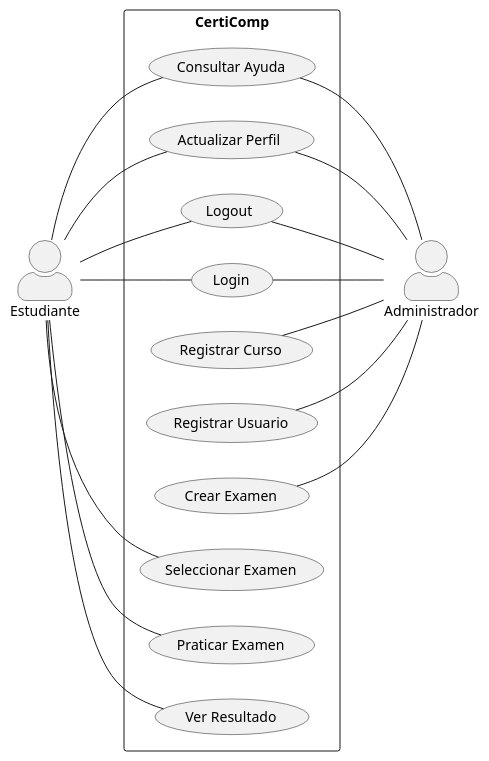
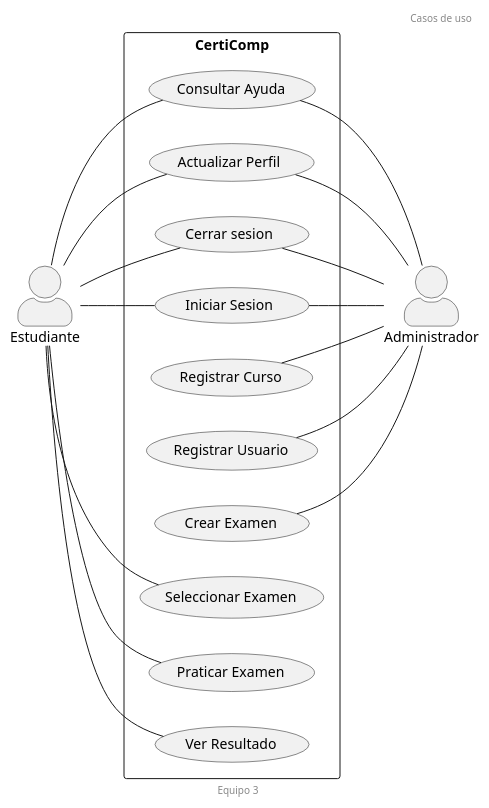
Before and after one commit to febres35/EdTech_IS: the diagram in docs/scenariosView/diagramaCasoDeUso.plantuml, drawn with PlantUML. The commit also changed 1 other file, not shown here.

Commit message:
Ajuste final del diagrama de Casos de uso

```diff
--- a/docs/scenariosView/diagramaCasoDeUso.plantuml
+++ b/docs/scenariosView/diagramaCasoDeUso.plantuml
@@ -1,43 +1,45 @@
-@startuml
+@startuml Diagrama de Casos de Uso
 
 left to right direction
 skinparam actorStyle awesome
 
+header Casos de uso
+footer Equipo 3
 
-rectangle CertiComp {
+rectangle CertiComp{
 
-  usecase " Login" as UC1 
+  usecase " Iniciar Sesion " as UC1 
   usecase " Registrar Usuario" as UC2
   usecase " Registrar Curso" as UC3
   usecase " Seleccionar Examen" as UC4
   usecase " Praticar Examen" as UC5
   usecase " Ver Resultado" as UC6
   usecase " Crear Examen" as UC7
   usecase " Consultar Ayuda" as UC8
-  usecase " Logout " as UC9
+  usecase " Cerrar sesion " as UC9
   usecase " Actualizar Perfil " as UC10
   
-} 
+}
 
 Administrador -up- UC7
 Administrador -up- UC2
 Administrador -up- UC3
 Estudiante-- UC4
 Estudiante-- UC5
 Estudiante-- UC6
 
 Administrador -up- UC1
 Estudiante -- UC1
 
 Administrador -up- UC9
 Estudiante-- UC9
 
 
 Administrador -up-  UC10
 Estudiante -- UC10
 
 Administrador -up- UC8
 Estudiante -- UC8
 
 
 @enduml
```
